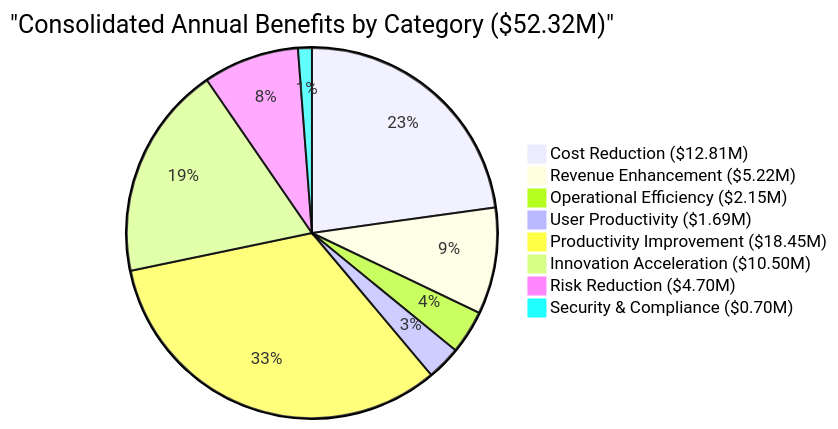
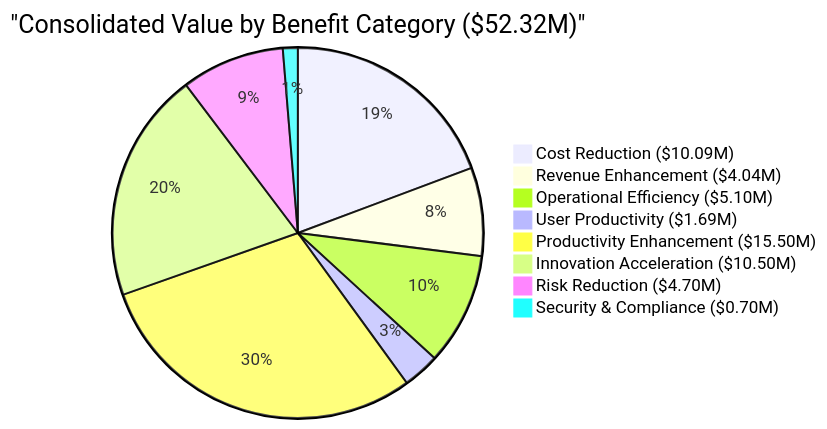
One commit to ME-ai-agents/docs_prod changed diagram 23 of 24 in ME.ai_FDD_Impl Strategy & Business Value.md. Above: the diagram before and after it, drawn with Mermaid. The commit also changed other lines of this file, not shown here.

Commit message:
Update ME.ai_FDD_Impl Strategy & Business Value.md

````diff
--- a/ME.ai_FDD_Impl Strategy & Business Value.md
+++ b/ME.ai_FDD_Impl Strategy & Business Value.md
@@ -873,11 +1106,11 @@
 ```mermaid
-pie title "Consolidated Annual Benefits by Category ($52.32M)"
-    "Cost Reduction ($12.81M)" : 24.5
-    "Revenue Enhancement ($5.22M)" : 10.0
-    "Operational Efficiency ($2.15M)" : 4.1
+pie title "Consolidated Value by Benefit Category ($52.32M)"
+    "Cost Reduction ($10.09M)" : 19.3
+    "Revenue Enhancement ($4.04M)" : 7.7
+    "Operational Efficiency ($5.10M)" : 9.8
     "User Productivity ($1.69M)" : 3.2
-    "Productivity Improvement ($18.45M)" : 35.3
+    "Productivity Enhancement ($15.50M)" : 29.6
     "Innovation Acceleration ($10.50M)" : 20.1
     "Risk Reduction ($4.70M)" : 9.0
     "Security & Compliance ($0.70M)" : 1.3
 ```
````
